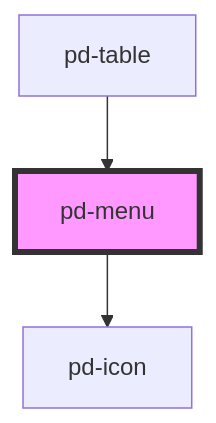
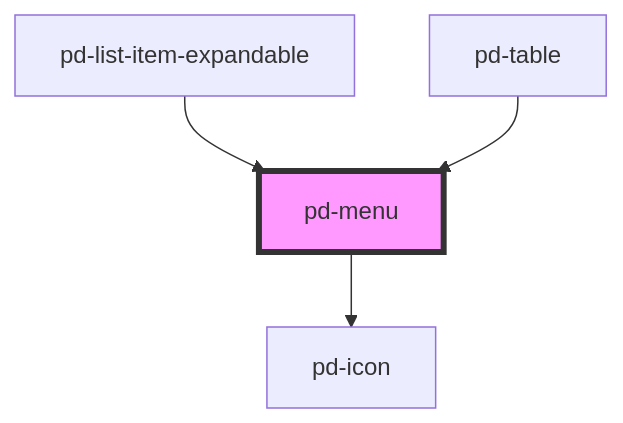
Before and after one commit to Lambda-IT/parlamentsdienste-components: the diagram in src/components/pd-menu/readme.md, drawn with Mermaid. The commit also changed other lines of this file and 15 other files, not shown here.

````diff
--- a/src/components/pd-menu/readme.md
+++ b/src/components/pd-menu/readme.md
@@ -83,6 +84,7 @@
 ```mermaid
 graph TD;
   pd-menu --> pd-icon
+  pd-list-item-expandable --> pd-menu
   pd-table --> pd-menu
   style pd-menu fill:#f9f,stroke:#333,stroke-width:4px
 ```
````
